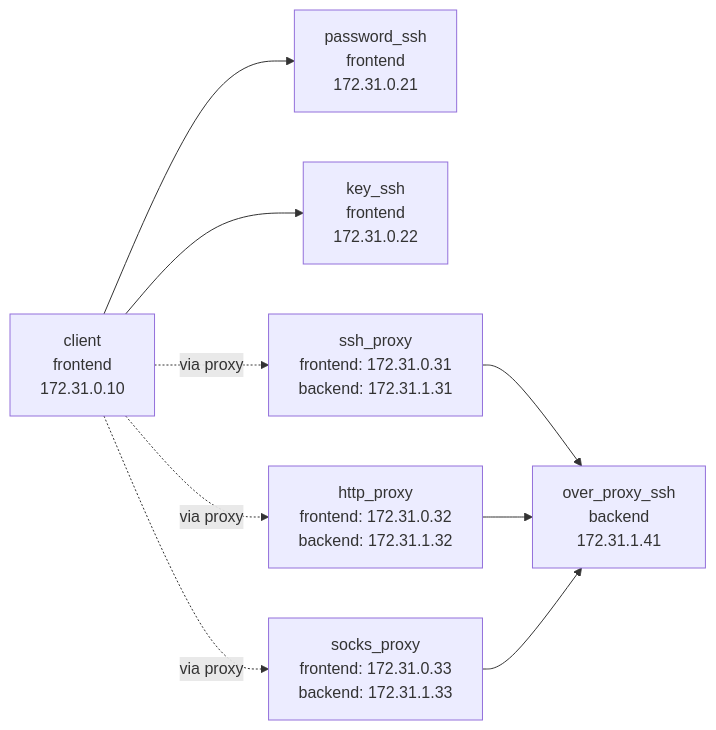
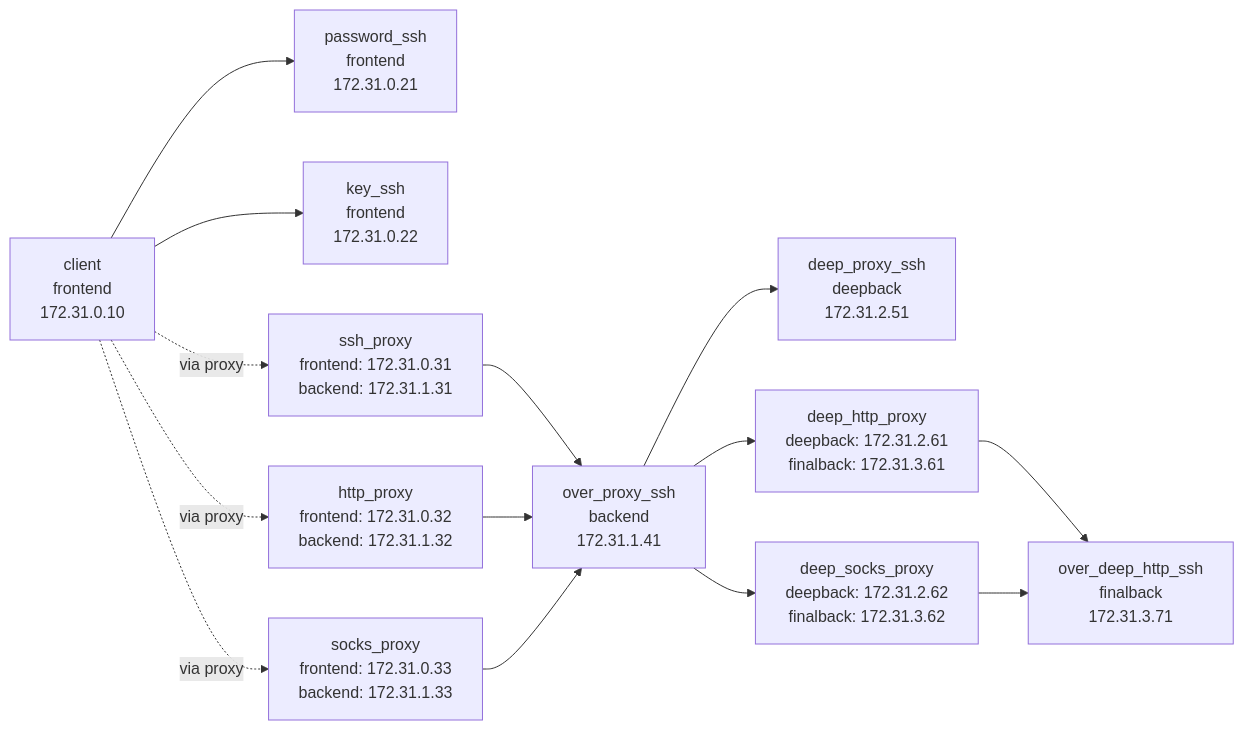
The diagram in demo/README.md (blacknon/lssh), drawn with Mermaid before and after one commit. The commit also changed other lines of this file and 12 other files, not shown here.

````diff
--- a/demo/README.md
+++ b/demo/README.md
@@ -19,35 +22,52 @@
 ```mermaid
 flowchart LR
     client["client
 frontend
 172.31.0.10"]
     password_ssh["password_ssh
 frontend
 172.31.0.21"]
     key_ssh["key_ssh
 frontend
 172.31.0.22"]
     over_proxy_ssh["over_proxy_ssh
 backend
 172.31.1.41"]
+    deep_proxy_ssh["deep_proxy_ssh
+deepback
+172.31.2.51"]
+    deep_http_proxy["deep_http_proxy
+deepback: 172.31.2.61
+finalback: 172.31.3.61"]
+    deep_socks_proxy["deep_socks_proxy
+deepback: 172.31.2.62
+finalback: 172.31.3.62"]
+    over_deep_http_ssh["over_deep_http_ssh
+finalback
+172.31.3.71"]
 
     ssh_proxy["ssh_proxy
 frontend: 172.31.0.31
 backend: 172.31.1.31"]
     http_proxy["http_proxy
 frontend: 172.31.0.32
 backend: 172.31.1.32"]
     socks_proxy["socks_proxy
 frontend: 172.31.0.33
 backend: 172.31.1.33"]
 
     client --> password_ssh
     client --> key_ssh
     client -. via proxy .-> ssh_proxy
     client -. via proxy .-> http_proxy
     client -. via proxy .-> socks_proxy
 
     ssh_proxy --> over_proxy_ssh
     http_proxy --> over_proxy_ssh
     socks_proxy --> over_proxy_ssh
+    over_proxy_ssh --> deep_proxy_ssh
+    over_proxy_ssh --> deep_http_proxy
+    over_proxy_ssh --> deep_socks_proxy
+    deep_http_proxy --> over_deep_http_ssh
+    deep_socks_proxy --> over_deep_http_ssh
 ```
````
